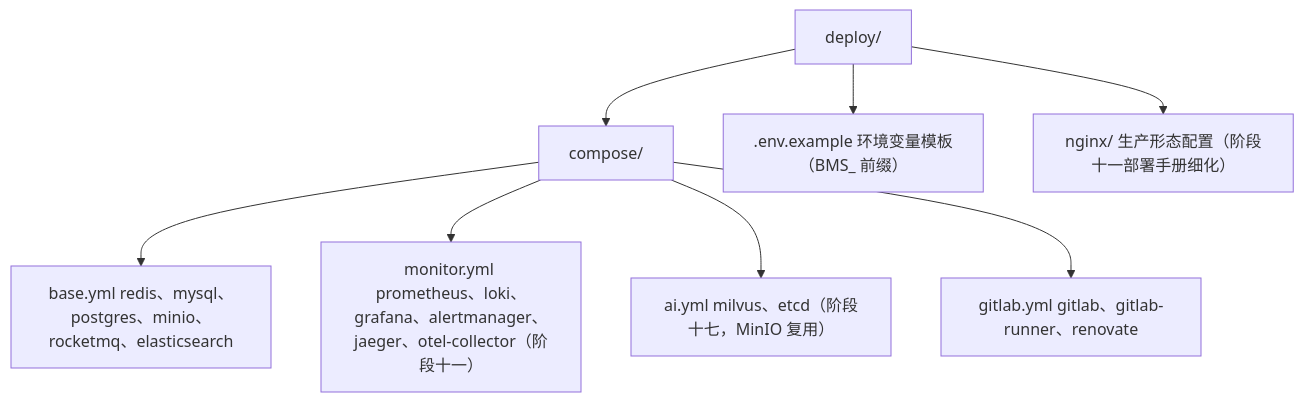
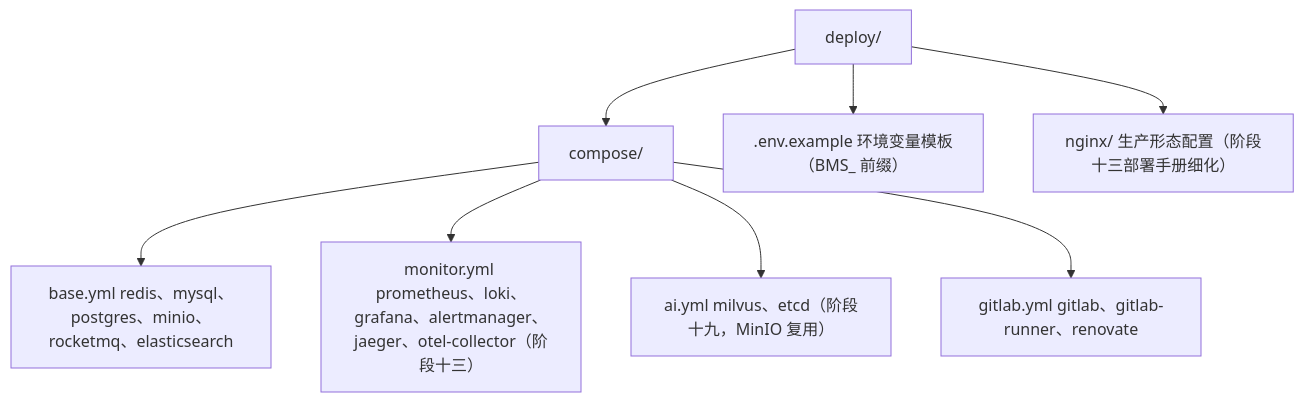
One commit to minjian123/basic-management-system changed the diagram in bms文档/规划/开发部署规划.md. Above: the diagram before and after it, drawn with Mermaid. The commit also changed other lines of this file and 127 other files, not shown here.

````diff
--- a/bms文档/规划/开发部署规划.md
+++ b/bms文档/规划/开发部署规划.md
@@ -136,10 +136,10 @@
 ```mermaid
 graph TD
     A["deploy/"] --> B["compose/"]
     B --> B1["base.yml redis、mysql、postgres、minio、rocketmq、elasticsearch"]
-    B --> B2["monitor.yml prometheus、loki、grafana、alertmanager、jaeger、otel-collector（阶段十一）"]
-    B --> B3["ai.yml milvus、etcd（阶段十七，MinIO 复用）"]
+    B --> B2["monitor.yml prometheus、loki、grafana、alertmanager、jaeger、otel-collector（阶段十三）"]
+    B --> B3["ai.yml milvus、etcd（阶段十九，MinIO 复用）"]
     B --> B4["gitlab.yml gitlab、gitlab-runner、renovate"]
     A --> C[".env.example 环境变量模板（BMS_ 前缀）"]
-    A --> D["nginx/ 生产形态配置（阶段十一部署手册细化）"]
+    A --> D["nginx/ 生产形态配置（阶段十三部署手册细化）"]
 ```
````
